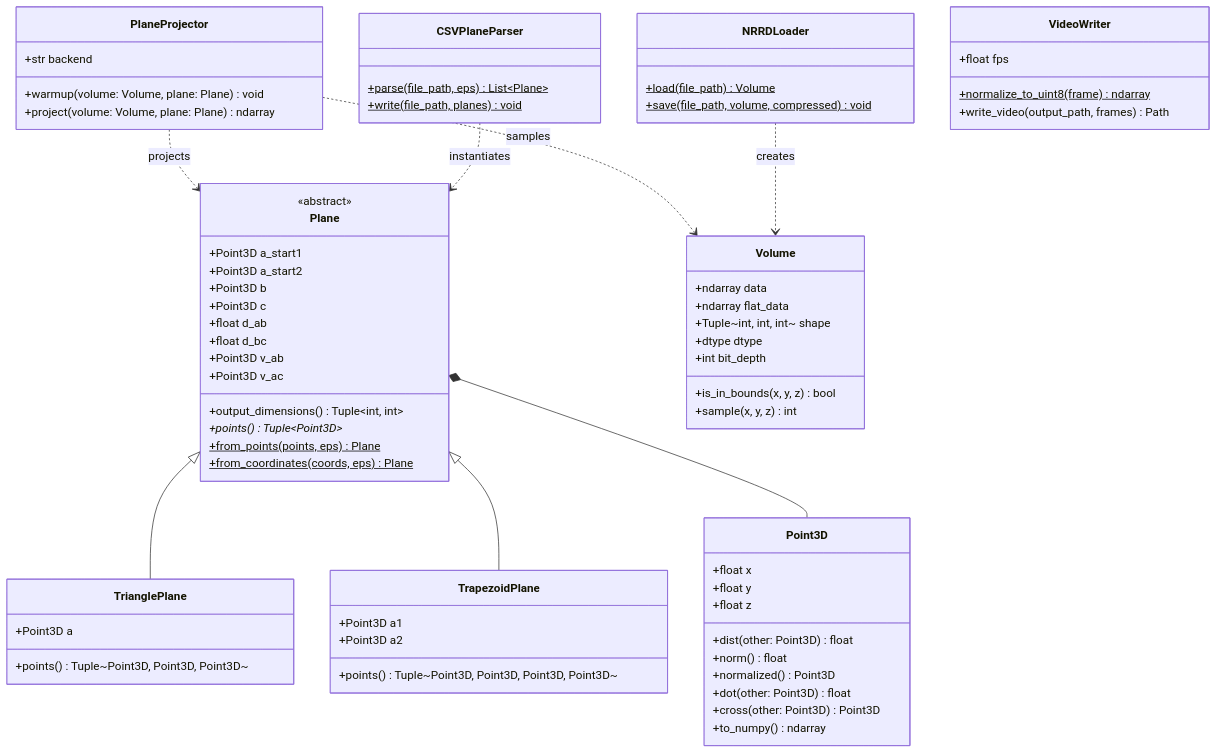
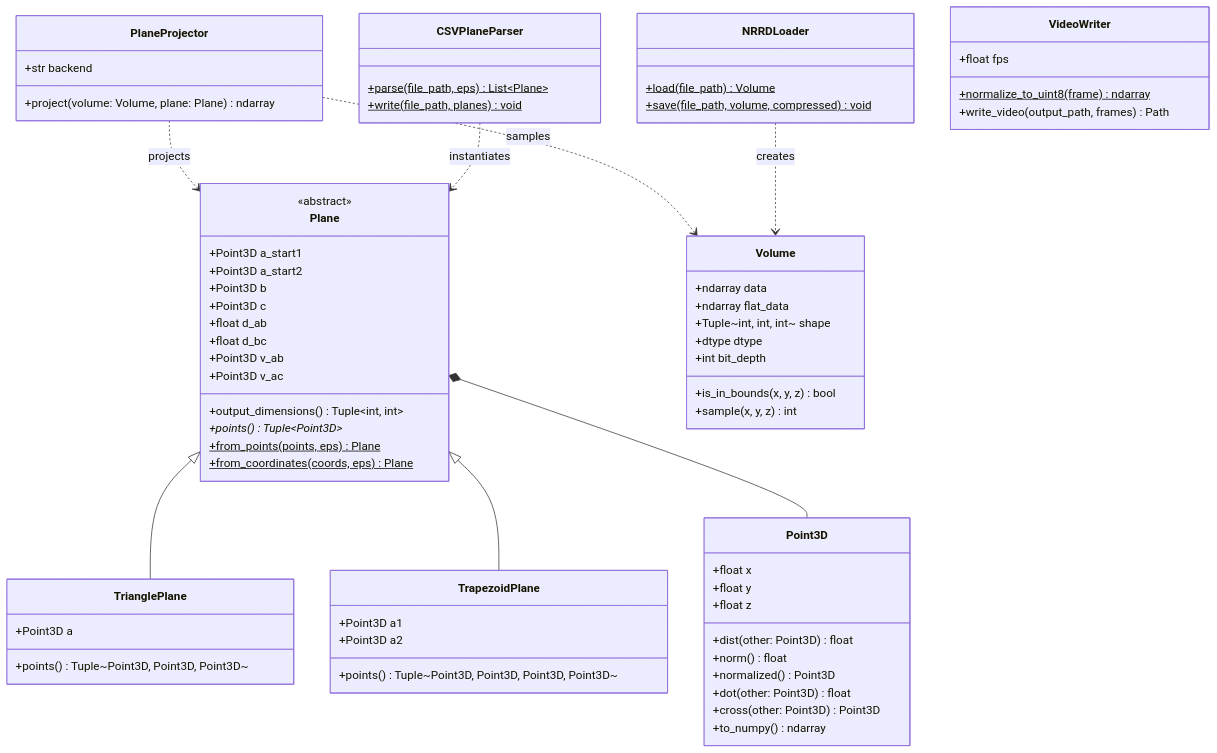
The second of 2 diagrams in docs/SRS.md (Ran-python/I2SEex1), drawn with Mermaid before and after one commit. The commit also changed other lines of this file and 6 other files, not shown here.

````diff
--- a/docs/SRS.md
+++ b/docs/SRS.md
@@ -114,81 +114,80 @@
 ```mermaid
 classDiagram
     class Point3D {
         +float x
         +float y
         +float z
         +dist(other: Point3D) float
         +norm() float
         +normalized() Point3D
         +dot(other: Point3D) float
         +cross(other: Point3D) Point3D
         +to_numpy() ndarray
     }
 
     class Plane {
         <<abstract>>
         +Point3D a_start1
         +Point3D a_start2
         +Point3D b
         +Point3D c
         +float d_ab
         +float d_bc
         +Point3D v_ab
         +Point3D v_ac
         +output_dimensions() Tuple~int, int~
         +points()* Tuple~Point3D~
         +from_points(points, eps)$ Plane
         +from_coordinates(coords, eps)$ Plane
     }
 
     class TrianglePlane {
         +Point3D a
         +points() Tuple~Point3D, Point3D, Point3D~
     }
 
     class TrapezoidPlane {
         +Point3D a1
         +Point3D a2
         +points() Tuple~Point3D, Point3D, Point3D, Point3D~
     }
 
     class Volume {
         +ndarray data
         +ndarray flat_data
         +Tuple~int, int, int~ shape
         +dtype dtype
         +int bit_depth
         +is_in_bounds(x, y, z) bool
         +sample(x, y, z) int
     }
 
     class PlaneProjector {
         +str backend
-        +warmup(volume: Volume, plane: Plane) void
         +project(volume: Volume, plane: Plane) ndarray
     }
 
     class NRRDLoader {
         +load(file_path)$ Volume
         +save(file_path, volume, compressed)$ void
     }
 
     class CSVPlaneParser {
         +parse(file_path, eps)$ List~Plane~
         +write(file_path, planes)$ void
     }
 
     class VideoWriter {
         +float fps
         +normalize_to_uint8(frame)$ ndarray
         +write_video(output_path, frames) Path
     }
 
     Plane <|-- TrianglePlane
     Plane <|-- TrapezoidPlane
     Plane *-- Point3D
     PlaneProjector ..> Volume : samples
     PlaneProjector ..> Plane : projects
     NRRDLoader ..> Volume : creates
     CSVPlaneParser ..> Plane : instantiates
 ```
````
